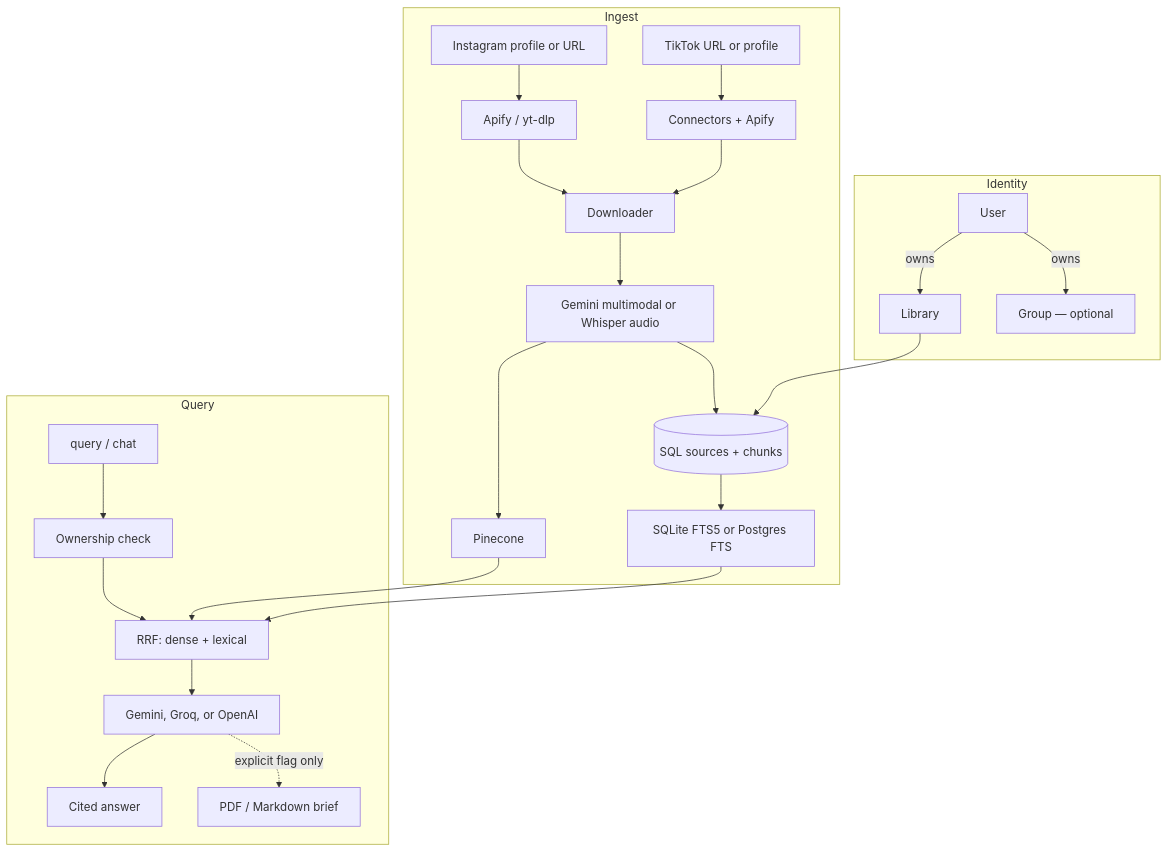
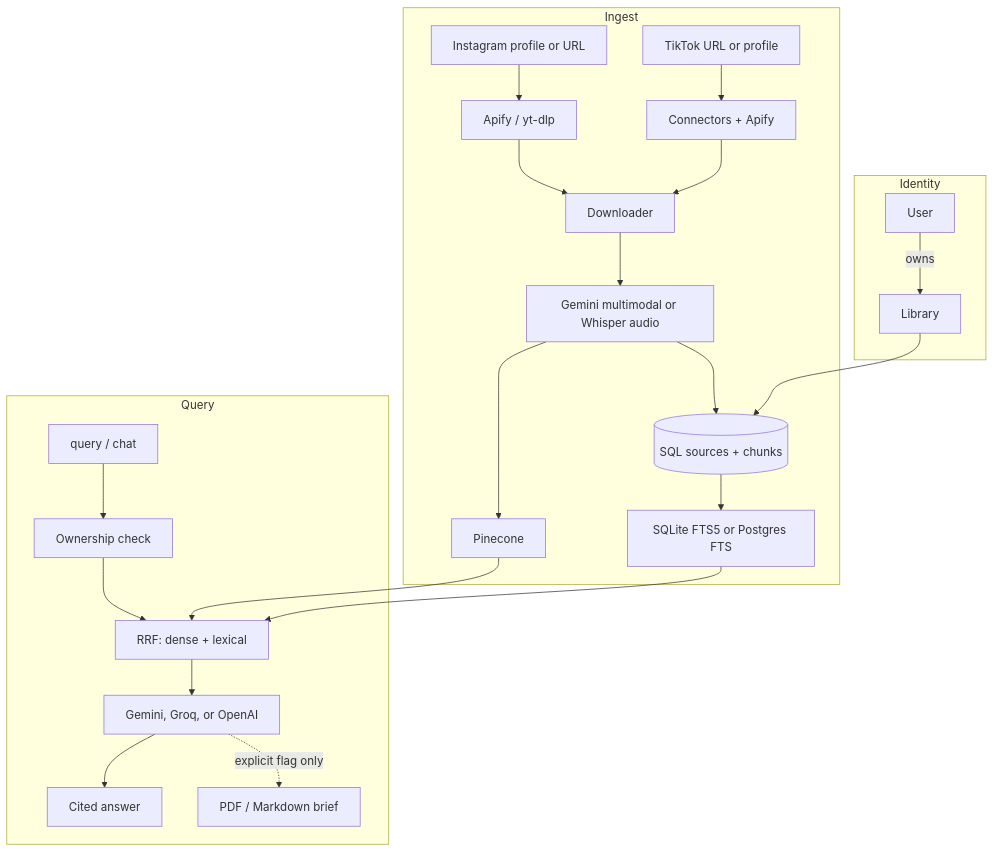
The diagram in docs/architecture.md (Xan007/creator-to-rag), drawn with Mermaid before and after one commit. The commit also changed other lines of this file and 15 other files, not shown here.

````diff
--- a/docs/architecture.md
+++ b/docs/architecture.md
@@ -18,30 +18,29 @@
 ```mermaid
 flowchart TD
     subgraph Identity
         U[User] -->|owns| L[Library]
-        U -->|owns| G[Group — optional]
     end
 
     subgraph Ingest
         IG[Instagram profile or URL] --> Scraper[Apify / yt-dlp]
         TT[TikTok URL or profile] --> Conn[Connectors + Apify]
         Scraper --> Media[Downloader]
         Conn --> Media
         Media --> Extract[Gemini multimodal or Whisper audio]
         Extract --> SQL[(SQL sources + chunks)]
         Extract --> Vec[Pinecone]
         SQL --> FTS[SQLite FTS5 or Postgres FTS]
     end
 
     subgraph Query
         Q[query / chat] --> Own[Ownership check]
         Own --> Hybrid[RRF: dense + lexical]
         Vec --> Hybrid
         FTS --> Hybrid
         Hybrid --> LLM[Gemini, Groq, or OpenAI]
         LLM --> A[Cited answer]
         LLM -.->|explicit flag only| Brief[PDF / Markdown brief]
     end
 
     L --> SQL
 ```
````
